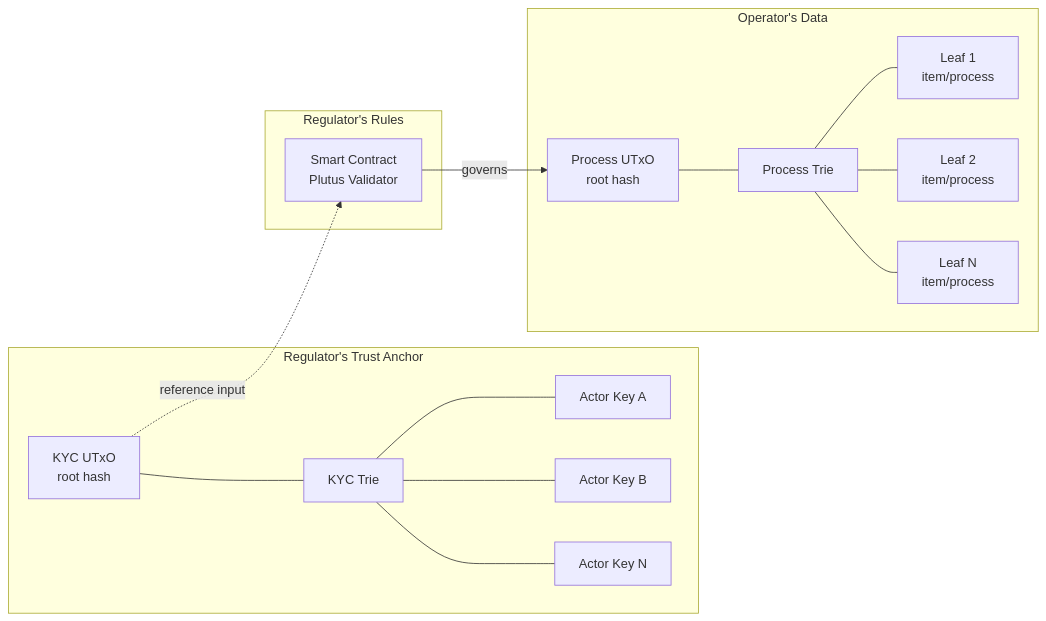
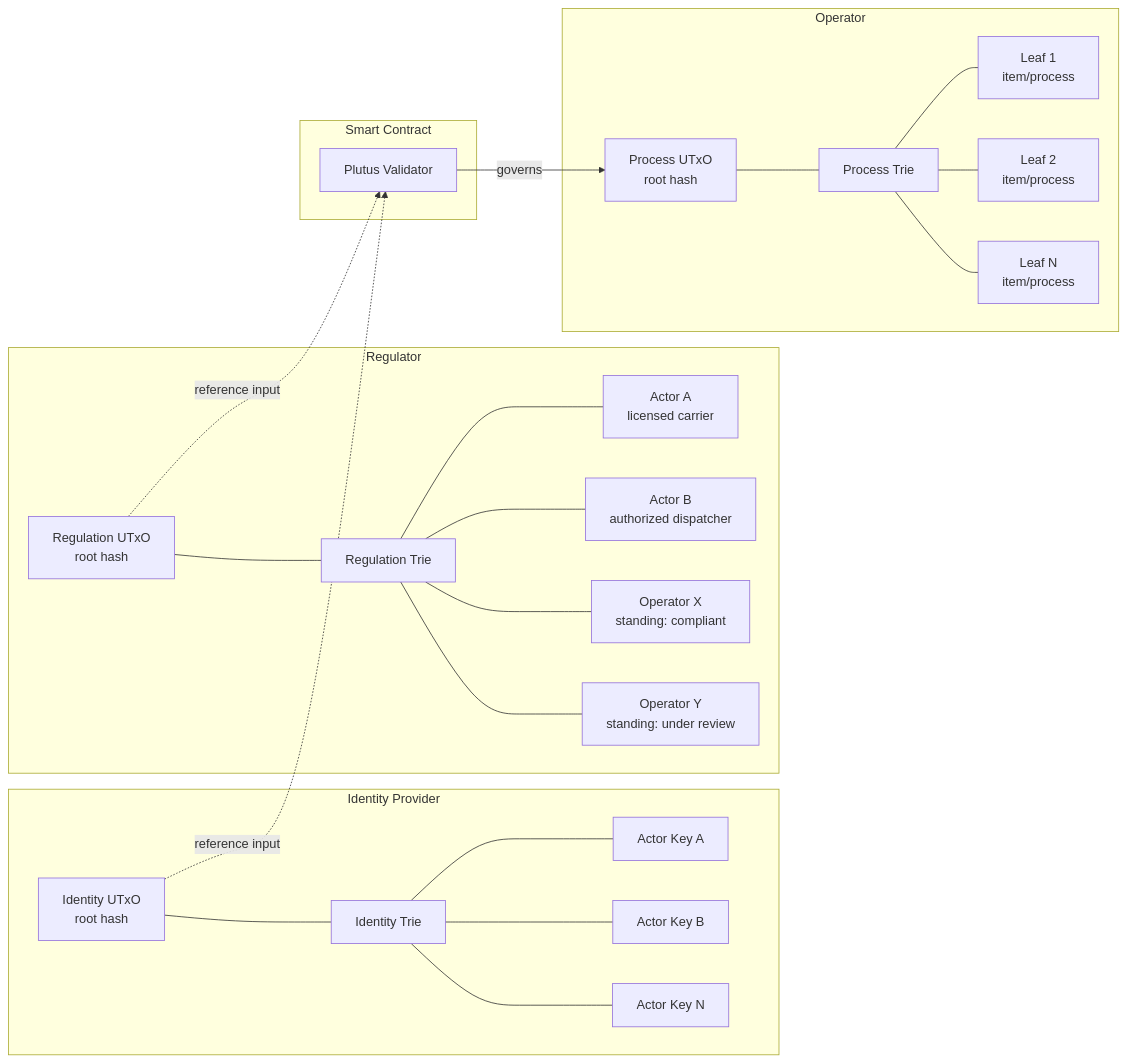
Before and after one commit to lambdasistemi/cardano-for-regulators: the second of 20 diagrams in docs/framework/schema.md, drawn with Mermaid. The commit also changed other lines of this file and 8 other files, not shown here.

First line of the commit message:
Fix mermaid HTML labels and deploy on every push (#5)

````diff
--- a/docs/framework/schema.md
+++ b/docs/framework/schema.md
@@ -42,27 +49,38 @@
 ```mermaid
 graph LR
-    subgraph Regulator's Trust Anchor
-        KYC_UTxO[KYC UTxO<br/>root hash]
-        KYC_T[KYC Trie]
-        KYC_UTxO --- KYC_T
-        KYC_T --- K1[Actor Key A]
-        KYC_T --- K2[Actor Key B]
-        KYC_T --- K3[Actor Key N]
+    subgraph Identity Provider
+        IDP_UTxO[Identity UTxO<br/>root hash]
+        IDP_T[Identity Trie]
+        IDP_UTxO --- IDP_T
+        IDP_T --- K1[Actor Key A]
+        IDP_T --- K2[Actor Key B]
+        IDP_T --- K3[Actor Key N]
     end
 
-    subgraph Operator's Data
+    subgraph Regulator
+        REG_UTxO[Regulation UTxO<br/>root hash]
+        REG_T[Regulation Trie]
+        REG_UTxO --- REG_T
+        REG_T --- R1[Actor A<br/>licensed carrier]
+        REG_T --- R2[Actor B<br/>authorized dispatcher]
+        REG_T --- R3[Operator X<br/>standing: compliant]
+        REG_T --- R4[Operator Y<br/>standing: under review]
+    end
+
+    subgraph Operator
         OP_UTxO[Process UTxO<br/>root hash]
         OP_T[Process Trie]
         OP_UTxO --- OP_T
         OP_T --- L1[Leaf 1<br/>item/process]
         OP_T --- L2[Leaf 2<br/>item/process]
         OP_T --- L3[Leaf N<br/>item/process]
     end
 
-    subgraph Regulator's Rules
-        SC[Smart Contract<br/>Plutus Validator]
+    subgraph Smart Contract
+        SC[Plutus Validator]
     end
 
     SC -->|governs| OP_UTxO
-    KYC_UTxO -.->|reference input| SC
+    IDP_UTxO -.->|reference input| SC
+    REG_UTxO -.->|reference input| SC
 ```
````
